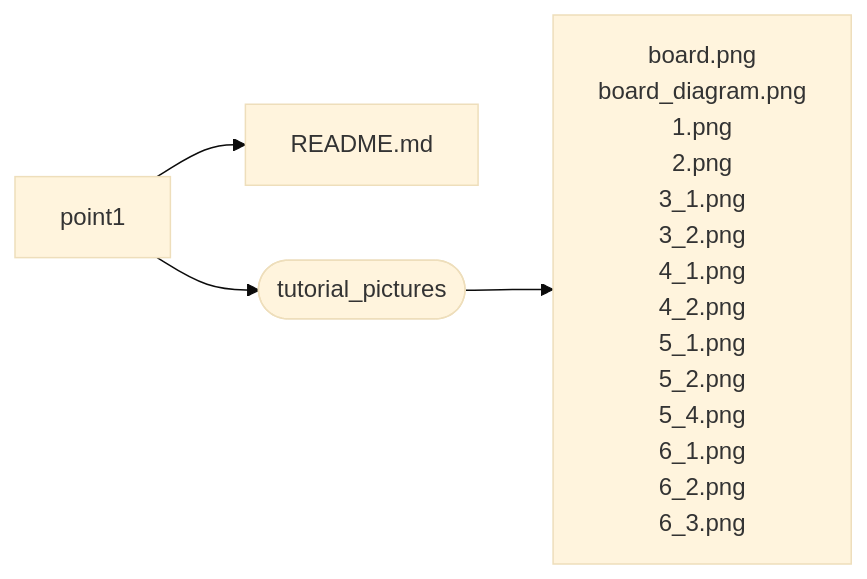
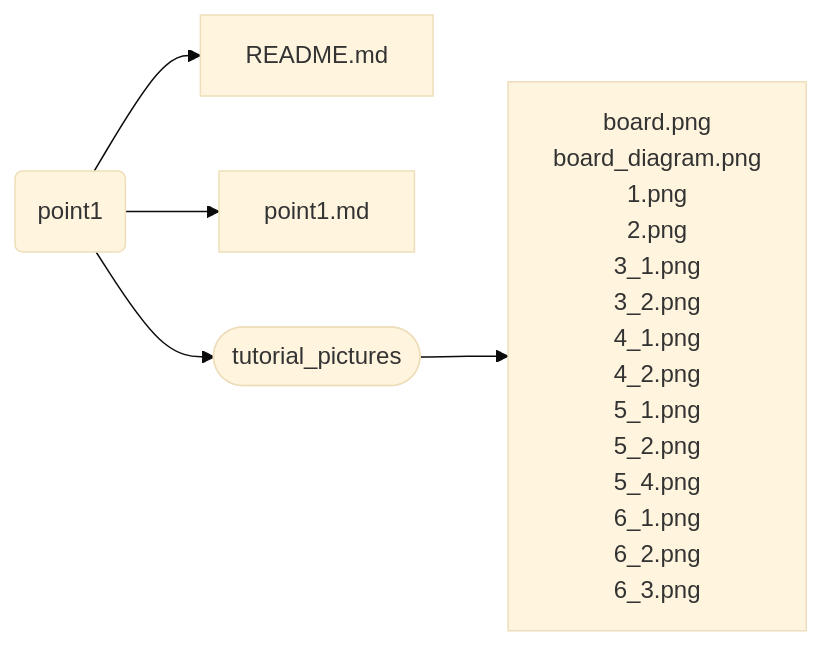
One commit to smokyisthatyou/STM32Nucleo64 changed the second of 5 diagrams in README.md. Above: the diagram before and after it, drawn with Mermaid. The commit also changed other lines of this file, not shown here.

Commit message:
changed boxes shape and added href

````diff
--- a/README.md
+++ b/README.md
@@ -38,12 +41,17 @@
 ```mermaid
 %%{init: {'theme':'base'}}%%
 graph LR;
-point1-->README.md;
-point1-->dir([tutorial_pictures]);
+p1(point1)
+p1-->README.md;
+p1-->point1.md;
+p1-->dir([tutorial_pictures]);
 pictures["board.png <br>board_diagram.png <br>1.png <br>2.png <br>3_1.png <br>3_2.png <br>4_1.png <br>4_2.png <br>5_1.png <br>5_2.png <br>5_4.png <br>6_1.png <br>6_2.png <br>6_3.png"]
 dir([tutorial_pictures])-->pictures;
 
+click p1 href "https://baltig.polito.it/caos2023/group2/-/tree/point1" "Link to point1";
+
 click README.md href "https://baltig.polito.it/caos2023/group2/-/blob/point1/README.md" "Link to README.md";
-click dir href "https://baltig.polito.it/caos2023/group2/-/tree/point1/tutorial_pictures" "Link to README.md";
-click pictures href "https://baltig.polito.it/caos2023/group2/-/tree/point1/tutorial_pictures" "Link to README.md";
+click point1.md href "https://baltig.polito.it/caos2023/group2/-/blob/point1/point1.md" "Link to point1.md";
+click dir href "https://baltig.polito.it/caos2023/group2/-/tree/point1/tutorial_pictures" "Link to tutorial_pictures";
+click pictures href "https://baltig.polito.it/caos2023/group2/-/tree/point1/tutorial_pictures" "Link to tutorial_pictures";
 ```
````
